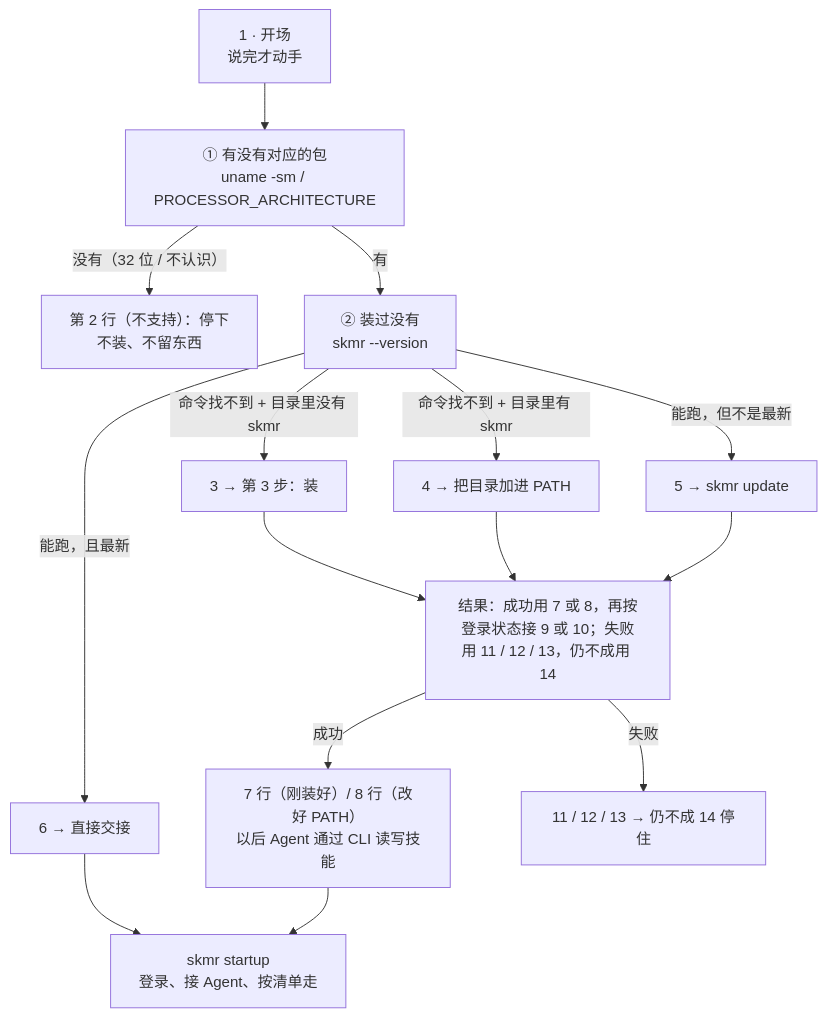
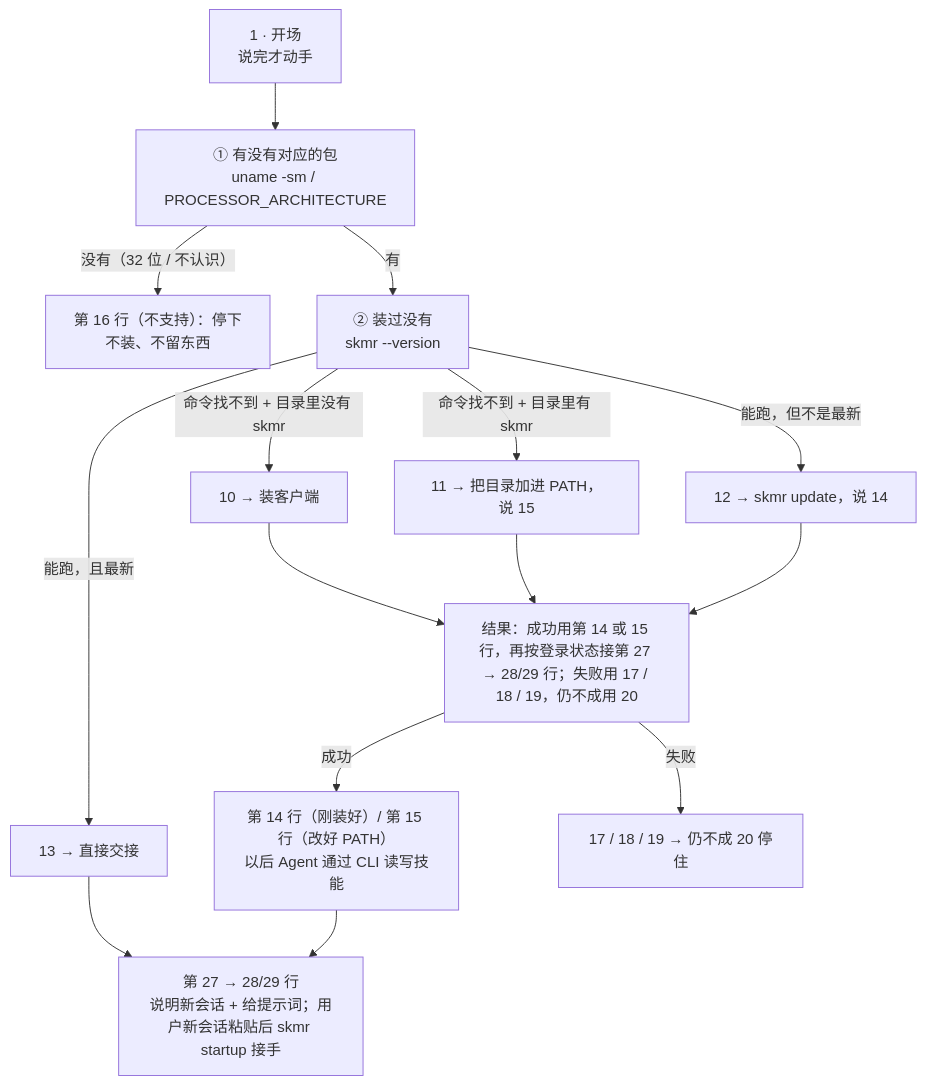
One commit to skillmasterai/skillmaster-cli changed the diagram in install/README.md. Above: the diagram before and after it, drawn with Mermaid. The commit also changed other lines of this file and 19 other files, not shown here.

````diff
--- a/install/README.md
+++ b/install/README.md
@@ -9,17 +9,17 @@
 ```mermaid
 flowchart TD
     A["1 · 开场<br/>说完才动手"] --> B["① 有没有对应的包<br/>uname -sm / PROCESSOR_ARCHITECTURE"]
-    B -->|"没有（32 位 / 不认识）"| B1["第 2 行（不支持）：停下<br/>不装、不留东西"]
+    B -->|"没有（32 位 / 不认识）"| B1["第 16 行（不支持）：停下<br/>不装、不留东西"]
     B -->|"有"| C["② 装过没有<br/>skmr --version"]
-    C -->|"命令找不到 + 目录里没有 skmr"| D["3 → 第 3 步：装"]
-    C -->|"命令找不到 + 目录里有 skmr"| E["4 → 把目录加进 PATH"]
-    C -->|"能跑，但不是最新"| F["5 → skmr update"]
-    C -->|"能跑，且最新"| G["6 → 直接交接"]
-    D --> H["结果：成功用 7 或 8，再按登录状态接 9 或 10；失败用 11 / 12 / 13，仍不成用 14"]
+    C -->|"命令找不到 + 目录里没有 skmr"| D["10 → 装客户端"]
+    C -->|"命令找不到 + 目录里有 skmr"| E["11 → 把目录加进 PATH，说 15"]
+    C -->|"能跑，但不是最新"| F["12 → skmr update，说 14"]
+    C -->|"能跑，且最新"| G["13 → 直接交接"]
+    D --> H["结果：成功用第 14 或 15 行，再按登录状态接第 27 → 28/29 行；失败用 17 / 18 / 19，仍不成用 20"]
     E --> H
     F --> H
-    H -->|"成功"| I["7 行（刚装好）/ 8 行（改好 PATH）<br/>以后 Agent 通过 CLI 读写技能"]
+    H -->|"成功"| I["第 14 行（刚装好）/ 第 15 行（改好 PATH）<br/>以后 Agent 通过 CLI 读写技能"]
     G --> J
-    I --> J["skmr startup<br/>登录、接 Agent、按清单走"]
-    H -->|"失败"| K["11 / 12 / 13 → 仍不成 14 停住"]
+    I --> J["第 27 → 28/29 行<br/>说明新会话 + 给提示词；用户新会话粘贴后 skmr startup 接手"]
+    H -->|"失败"| K["17 / 18 / 19 → 仍不成 20 停住"]
 ```
````
